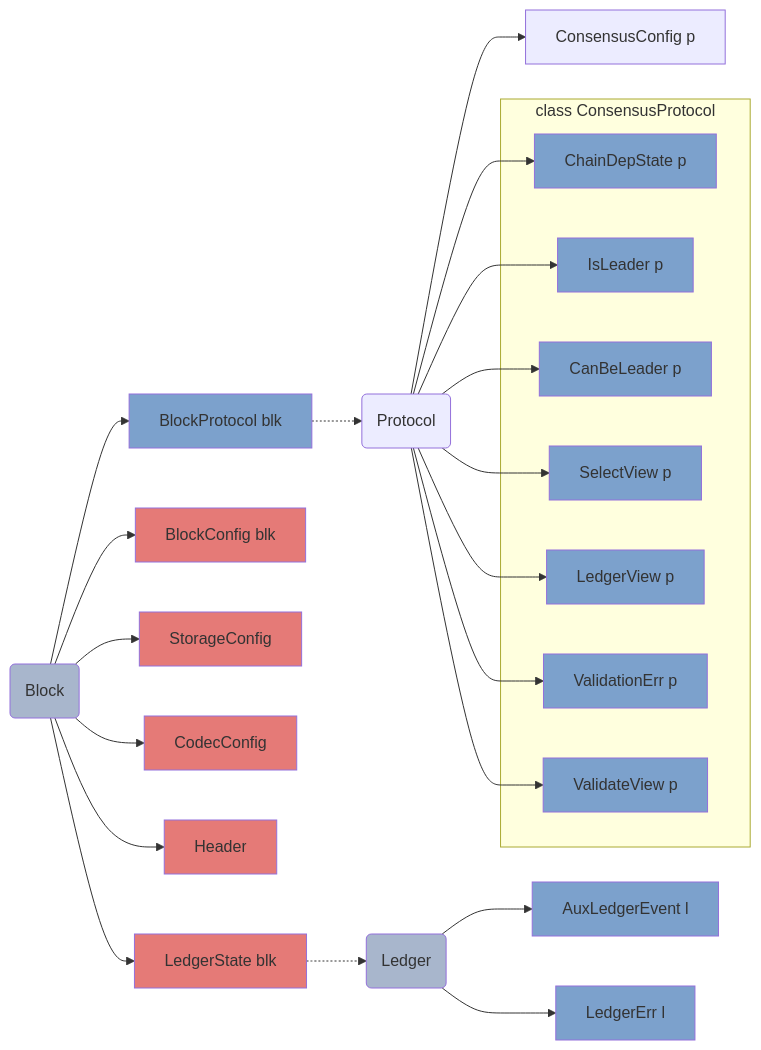
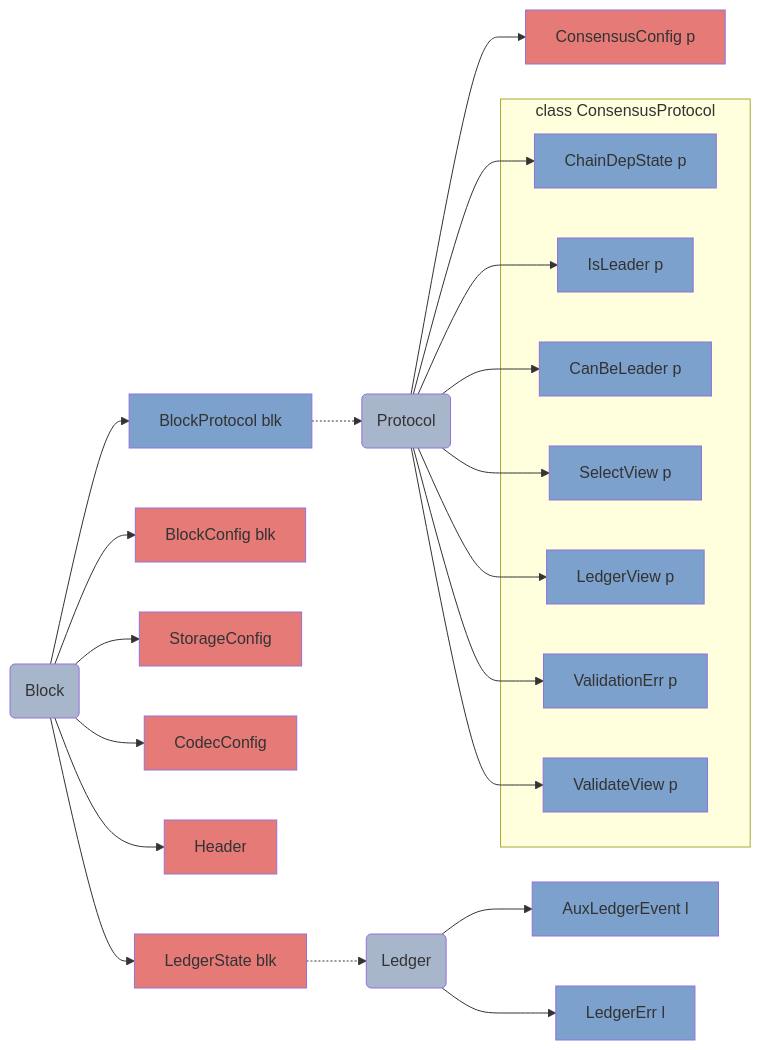
One commit to IntersectMBO/ouroboros-network changed the second of 2 diagrams in newdocs/test.md. Above: the diagram before and after it, drawn with Mermaid.

Commit message:
Incorporate feedback

````diff
--- a/newdocs/test.md
+++ b/newdocs/test.md
@@ -12,39 +12,41 @@
 ```mermaid
 flowchart LR;
 
   classDef df fill:#E57A77;
   classDef tf fill:#7CA1CC;
   classDef kind fill:#A8B6CC;
 
   Block(Block)-->BlockProtocol[BlockProtocol blk]; class Block kind;
   BlockProtocol[BlockProtocol blk]-.->Protocol(Protocol); class BlockProtocol tf;
   Block-->BlockConfig[BlockConfig blk]; class BlockConfig df
   Block-->StorageConfig; class StorageConfig df
   Block-->CodecConfig; class CodecConfig df
   Block-->Header; class Header df
   Ledger(Ledger); class Ledger kind
   Block-->LedgerState[LedgerState blk]; class LedgerState df;
 
   LedgerState-.->Ledger
   Ledger-->AuxLedgerEvent[AuxLedgerEvent l]; class AuxLedgerEvent tf
   Ledger-->LedgerErr[LedgerErr l]; class LedgerErr tf
 
-  Protocol(Protocol)-->ConsensusConfig[ConsensusConfig p]
+  Protocol(Protocol); class Protocol kind
+  ConsensusConfig; class ConsensusConfig df
+  Protocol-->ConsensusConfig[ConsensusConfig p];
   subgraph ConsensusProtocol[class ConsensusProtocol]
     ChainDepState[ChainDepState p]; class ChainDepState tf
     IsLeader[IsLeader p]; class IsLeader tf
     CanBeLeader[CanBeLeader p]; class CanBeLeader tf
     SelectView[SelectView p]; class SelectView tf
     LedgerView[LedgerView p]; class LedgerView tf
     ValidationErr[ValidationErr p]; class ValidationErr tf
     ValidateView[ValidateView p]; class ValidateView tf
   end
   Protocol-->ChainDepState
   Protocol-->IsLeader[IsLeader p]
   Protocol-->CanBeLeader[CanBeLeader p]
   Protocol-->SelectView[SelectView p]
   Protocol-->LedgerView[LedgerView p]
   Protocol-->ValidationErr[ValidationErr p]
   Protocol-->ValidateView[ValidateView p]
 
 ```
````
